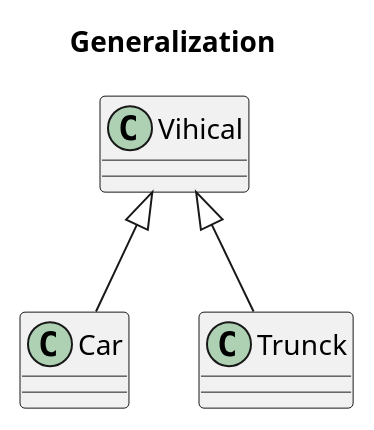
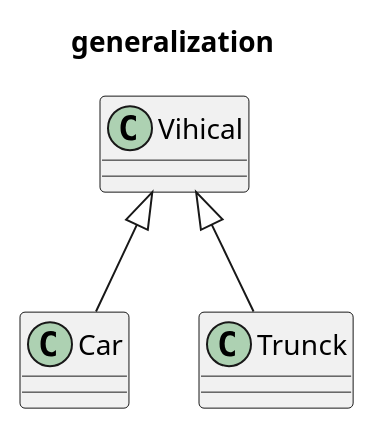
Before and after one commit to bobxwang/jvm-commons-func: the diagram in uml/class/generalization.md, drawn with PlantUML. The commit also changed 5 other files, not shown here.

Commit message:
plantUml-generalization

```diff
--- a/uml/class/generalization.md
+++ b/uml/class/generalization.md
@@ -1,12 +1,12 @@
 @startuml
 
-title Generalization
+title generalization
 
 class Vihical
 class Car
 class Trunck
 
 Vihical <|-- Car
 Vihical <|-- Trunck
 
 @enduml
```
